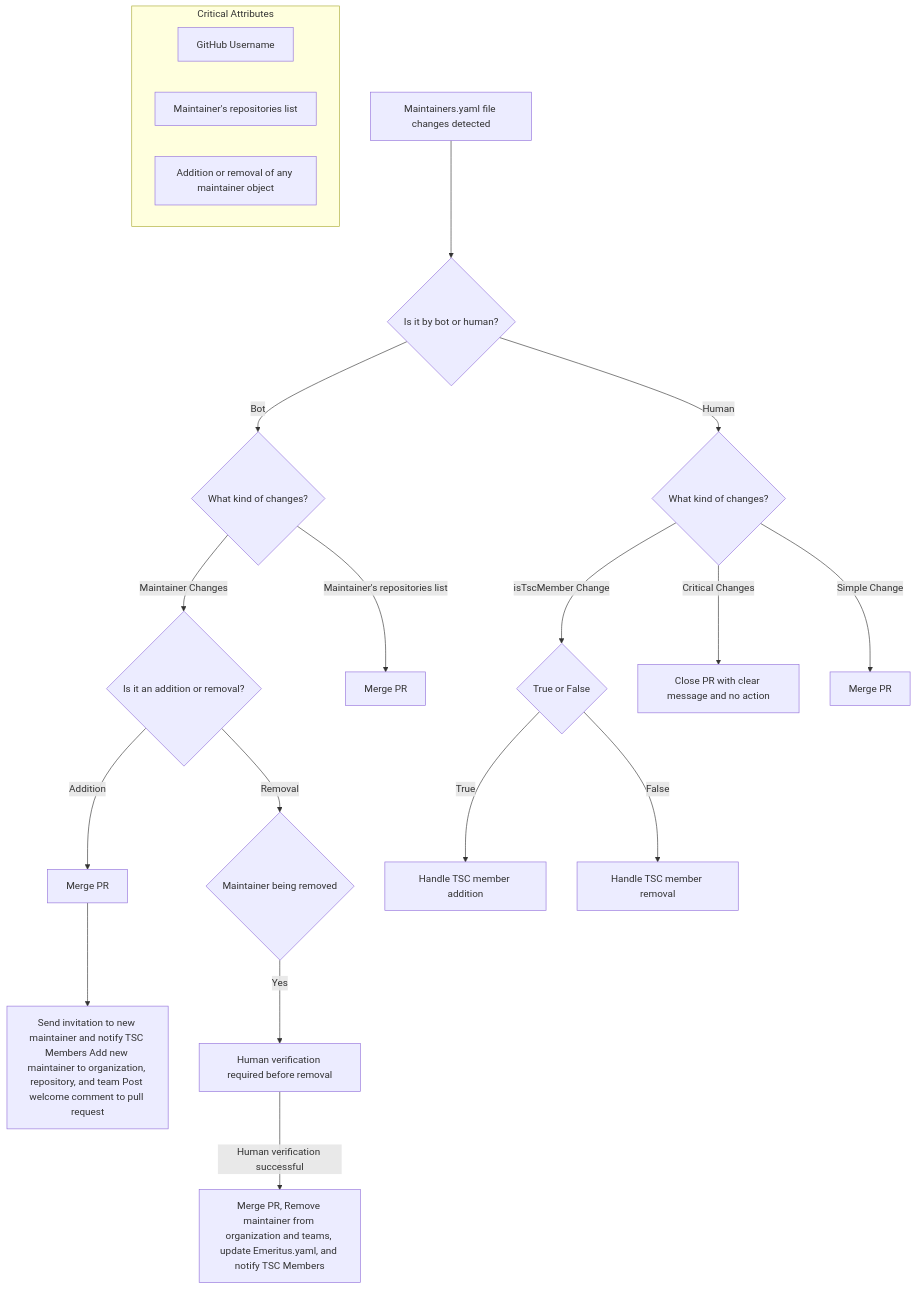
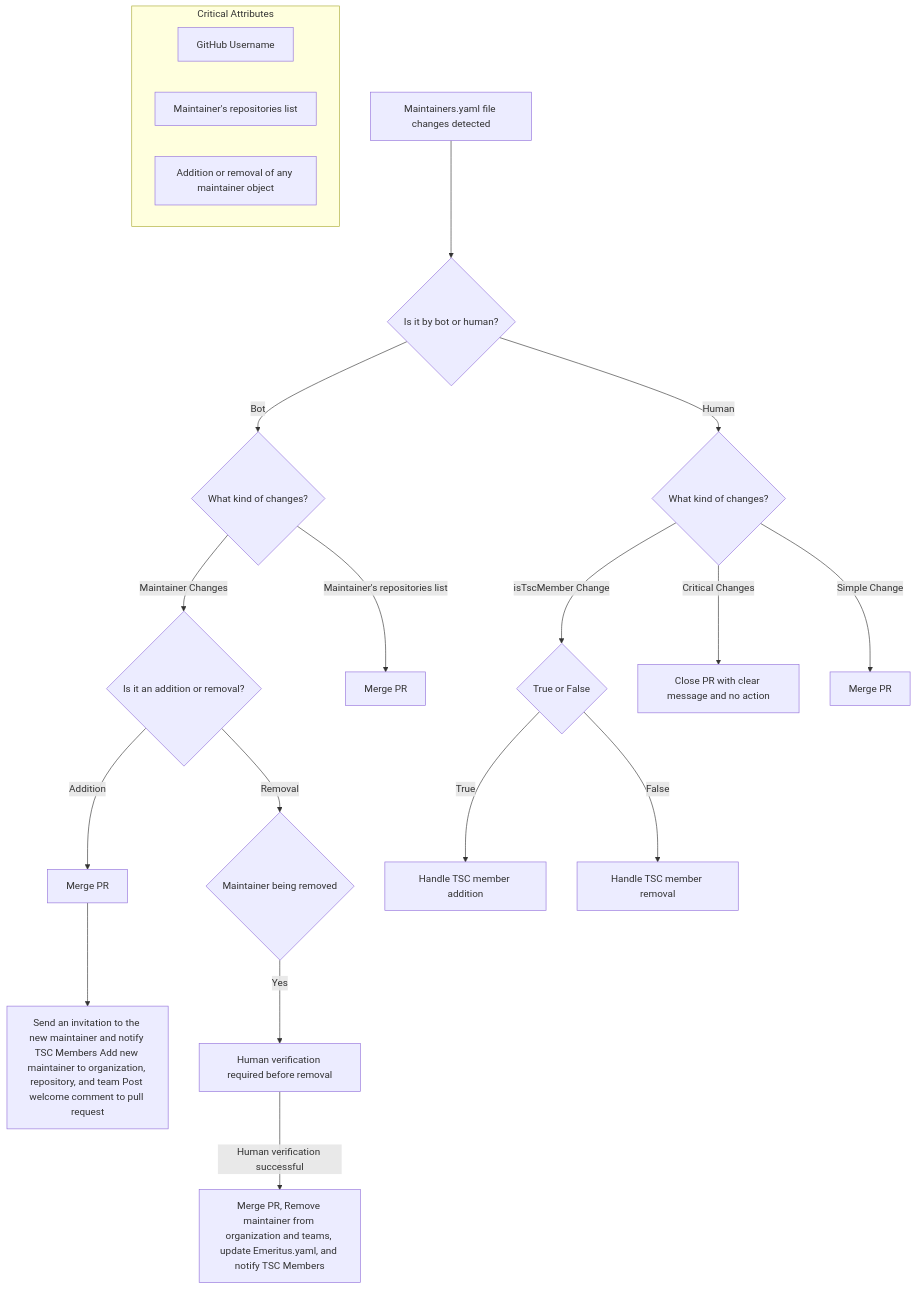
The tenth of 10 diagrams in scripts/README.md (14Richa/testRepo1), drawn with Mermaid before and after one commit. The commit also changed other lines of this file, not shown here.

````diff
--- a/scripts/README.md
+++ b/scripts/README.md
@@ -215,32 +215,32 @@
 ```mermaid
 graph TD;
 A[Maintainers.yaml file changes detected] --> B{Is it by bot or human?};
 
 B --> |Bot| D1{What kind of changes?};
 B --> |Human| H1{What kind of changes?};
 
 D1 --> |Maintainer Changes| C1{Is it an addition or removal?};
 D1 --> |Maintainer's repositories list| S1[Merge PR];
 
 C1 --> |Addition| G1[Merge PR];
 C1 --> |Removal| E1{Maintainer being removed};
 
-G1 --> Z1[Send invitation to new maintainer and notify TSC Members Add new maintainer to organization, repository, and team Post welcome comment to pull request];
+G1 --> Z1[Send an invitation to the new maintainer and notify TSC Members Add new maintainer to organization, repository, and team Post welcome comment to pull request];
 
 E1 --> |Yes| F1[Human verification required before removal];
 
 F1 --> |Human verification successful| L2[Merge PR, Remove maintainer from organization and teams, update Emeritus.yaml, and notify TSC Members];
 
 H1 --> |isTscMember Change| TSC1{True or False};
 H1 --> |Critical Changes| P[Close PR with clear message and no action];
 H1 --> |Simple Change| N[Merge PR];
 
 TSC1 --> |True| T1[Handle TSC member addition];
 TSC1 --> |False| T2[Handle TSC member removal];
 
 subgraph Critical Attributes
 CA1[GitHub Username];
 CA2[Maintainer's repositories list];
 CA3[Addition or removal of any maintainer object];
 end
 ```
````
